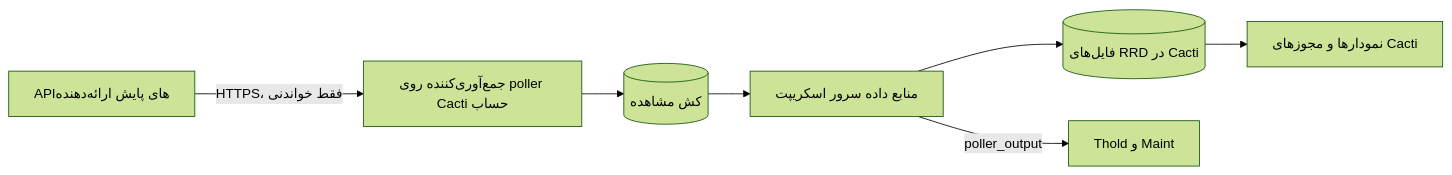
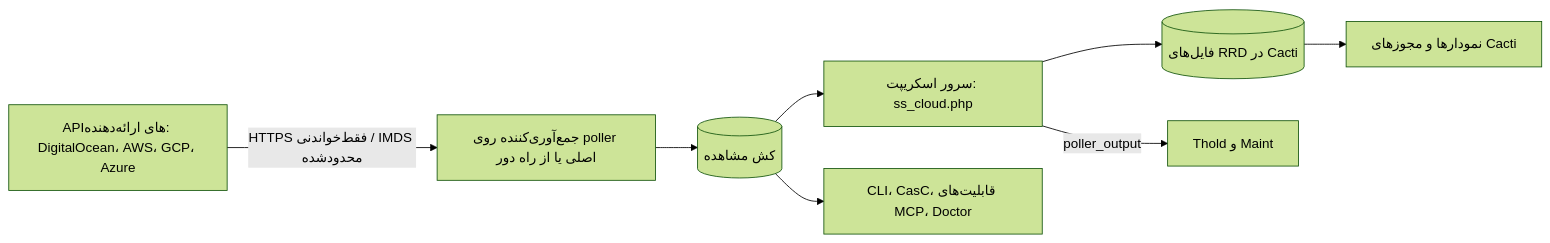
The diagram in docs/i18n/fa-IR/README.md (somethingwithproof/plugin_cloud), drawn with Mermaid (forest theme) before and after one commit. The commit also changed other lines of this file and 48 other files, not shown here.

First line of the commit message:
docs(readme): document AWS, GCP, Azure drivers, remote collectors, and ecosystem hooks

````diff
--- a/docs/i18n/fa-IR/README.md
+++ b/docs/i18n/fa-IR/README.md
@@ -105,9 +148,10 @@
 ```mermaid
 flowchart LR
-    API["APIهای پایش ارائه‌دهنده"] -->|"HTTPS، فقط خواندنی"| C["جمع‌آوری‌کننده روی poller Cacti حساب"]
-    C --> O[("کش مشاهده")]
-    O --> SS["منابع داده سرور اسکریپت"]
-    SS --> RRD[("فایل‌های RRD در Cacti")]
-    SS -->|poller_output| T["Thold و Maint"]
-    RRD --> G["نمودارها و مجوزهای Cacti"]
+    API[APIهای ارائه‌دهنده: DigitalOcean، AWS، GCP، Azure] -->|HTTPS فقط‌خواندنی / IMDS محدودشده| C[جمع‌آوری‌کننده روی poller اصلی یا از راه دور]
+    C --> O[(کش مشاهده)]
+    O --> SS[سرور اسکریپت: ss_cloud.php]
+    SS --> RRD[(فایل‌های RRD در Cacti)]
+    SS -->|poller_output| T[Thold و Maint]
+    RRD --> G[نمودارها و مجوزهای Cacti]
+    O --> ECO[CLI، CasC، قابلیت‌های MCP، Doctor]
 ```
````
